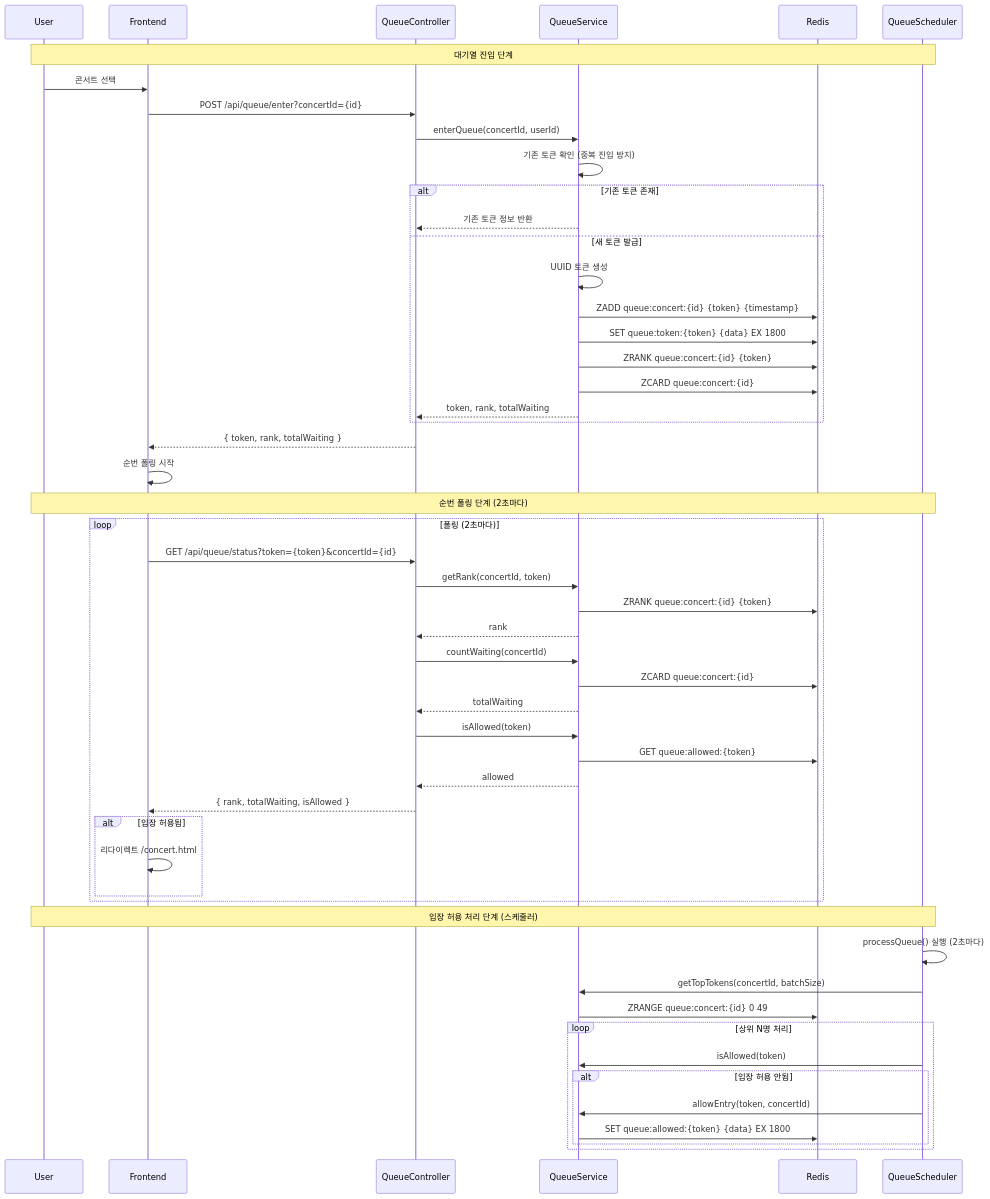
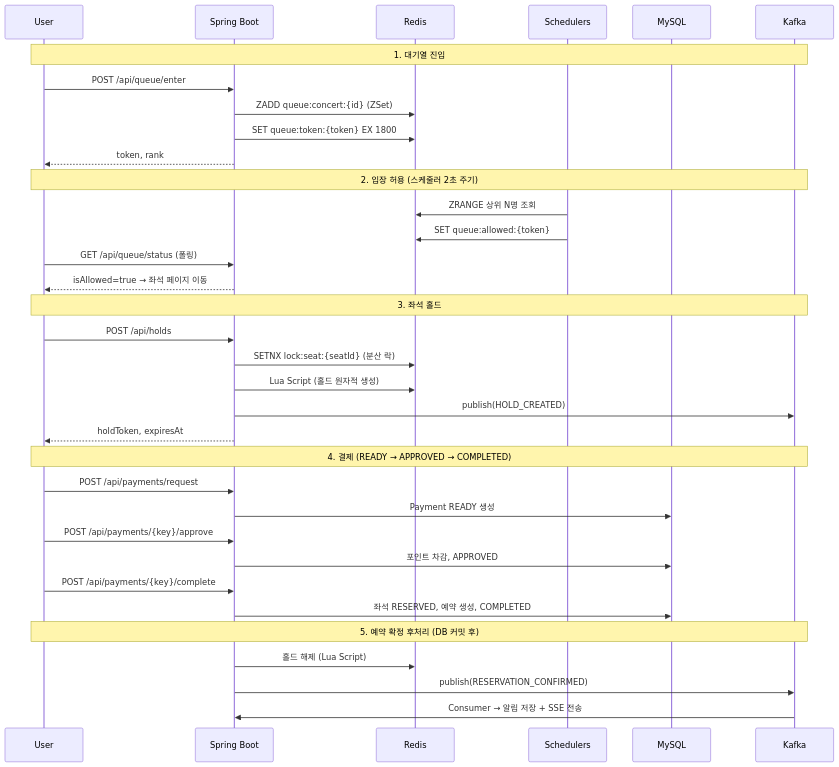
One commit to kiy3035/Ticketing changed the second of 3 diagrams in docs/architecture.md. Above: the diagram before and after it, drawn with Mermaid. The commit also changed other lines of this file and 39 other files, not shown here.

````diff
--- a/docs/architecture.md
+++ b/docs/architecture.md
@@ -129,64 +102,41 @@
 ```mermaid
 sequenceDiagram
     participant U as User
-    participant FE as Frontend
-    participant API as QueueController
-    participant QSvc as QueueService
+    participant API as Spring Boot
     participant R as Redis
-    participant SCH as QueueScheduler
+    participant SCH as Schedulers
+    participant DB as MySQL
+    participant K as Kafka
 
-    Note over U,SCH: 대기열 진입 단계
-    U->>FE: 콘서트 선택
-    FE->>API: POST /api/queue/enter?concertId={id}
-    API->>QSvc: enterQueue(concertId, userId)
-    
-    QSvc->>QSvc: 기존 토큰 확인 (중복 진입 방지)
-    alt 기존 토큰 존재
-        QSvc-->>API: 기존 토큰 정보 반환
-    else 새 토큰 발급
-        QSvc->>QSvc: UUID 토큰 생성
-        QSvc->>R: ZADD queue:concert:{id} {token} {timestamp}
-        QSvc->>R: SET queue:token:{token} {data} EX 1800
-        QSvc->>R: ZRANK queue:concert:{id} {token}
-        QSvc->>R: ZCARD queue:concert:{id}
-        QSvc-->>API: token, rank, totalWaiting
-    end
-    
-    API-->>FE: { token, rank, totalWaiting }
-    FE->>FE: 순번 폴링 시작
-    
-    Note over U,SCH: 순번 폴링 단계 (2초마다)
-    loop 폴링 (2초마다)
-        FE->>API: GET /api/queue/status?token={token}&concertId={id}
-        API->>QSvc: getRank(concertId, token)
-        QSvc->>R: ZRANK queue:concert:{id} {token}
-        QSvc-->>API: rank
-        
-        API->>QSvc: countWaiting(concertId)
-        QSvc->>R: ZCARD queue:concert:{id}
-        QSvc-->>API: totalWaiting
-        
-        API->>QSvc: isAllowed(token)
-        QSvc->>R: GET queue:allowed:{token}
-        QSvc-->>API: allowed
-        
-        API-->>FE: { rank, totalWaiting, isAllowed }
-        
-        alt 입장 허용됨
-            FE->>FE: 리다이렉트 /concert.html
-        end
-    end
-    
-    Note over U,SCH: 입장 허용 처리 단계 (스케줄러)
-    SCH->>SCH: processQueue() 실행 (2초마다)
-    SCH->>QSvc: getTopTokens(concertId, batchSize)
-    QSvc->>R: ZRANGE queue:concert:{id} 0 49
-    
-    loop 상위 N명 처리
-        SCH->>QSvc: isAllowed(token)
-        alt 입장 허용 안됨
-            SCH->>QSvc: allowEntry(token, concertId)
-            QSvc->>R: SET queue:allowed:{token} {data} EX 1800
-        end
-    end
+    Note over U,K: 1. 대기열 진입
+    U->>API: POST /api/queue/enter
+    API->>R: ZADD queue:concert:{id} (ZSet)
+    API->>R: SET queue:token:{token} EX 1800
+    API-->>U: token, rank
+
+    Note over U,K: 2. 입장 허용 (스케줄러 2초 주기)
+    SCH->>R: ZRANGE 상위 N명 조회
+    SCH->>R: SET queue:allowed:{token}
+    U->>API: GET /api/queue/status (폴링)
+    API-->>U: isAllowed=true → 좌석 페이지 이동
+
+    Note over U,K: 3. 좌석 홀드
+    U->>API: POST /api/holds
+    API->>R: SETNX lock:seat:{seatId} (분산 락)
+    API->>R: Lua Script (홀드 원자적 생성)
+    API->>K: publish(HOLD_CREATED)
+    API-->>U: holdToken, expiresAt
+
+    Note over U,K: 4. 결제 (READY → APPROVED → COMPLETED)
+    U->>API: POST /api/payments/request
+    API->>DB: Payment READY 생성
+    U->>API: POST /api/payments/{key}/approve
+    API->>DB: 포인트 차감, APPROVED
+    U->>API: POST /api/payments/{key}/complete
+    API->>DB: 좌석 RESERVED, 예약 생성, COMPLETED
+
+    Note over U,K: 5. 예약 확정 후처리 (DB 커밋 후)
+    API->>R: 홀드 해제 (Lua Script)
+    API->>K: publish(RESERVATION_CONFIRMED)
+    K->>API: Consumer → 알림 저장 + SSE 전송
 ```
````
